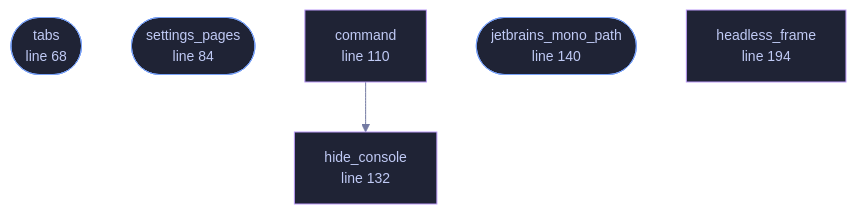
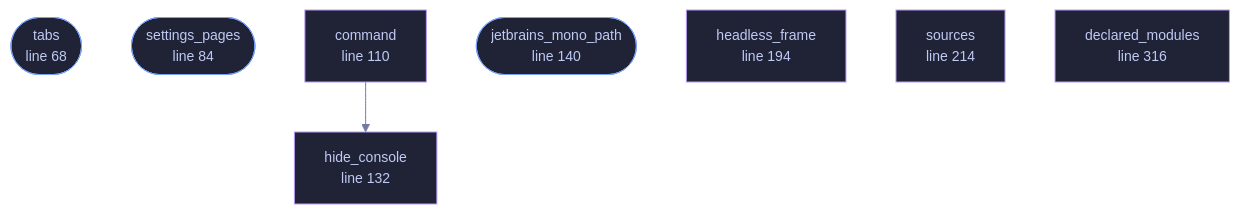
One commit to tilas01/veilvoice changed the diagram in docs/files/veilvoice-gui/lib.md. Above: the diagram before and after it, drawn with Mermaid. The commit also changed other lines of this file and 43 other files, not shown here.

````diff
--- a/docs/files/veilvoice-gui/lib.md
+++ b/docs/files/veilvoice-gui/lib.md
@@ -106,23 +106,27 @@
 ```mermaid
 %%{init: {"theme":"base","themeVariables":{"background":"#1a1b26","primaryColor":"#1f2335","primaryTextColor":"#c0caf5","primaryBorderColor":"#7aa2f7","secondaryColor":"#16161e","tertiaryColor":"#16161e","lineColor":"#737aa2","textColor":"#c0caf5","mainBkg":"#1f2335","nodeBorder":"#7aa2f7","clusterBkg":"#16161e","clusterBorder":"#2f3549","fontFamily":"ui-monospace, SFMono-Regular, Consolas, monospace","fontSize":"14px"}}}%%
 flowchart TD
     n_tabs(["tabs<br/>line 68"])
     n_settings_pages(["settings_pages<br/>line 84"])
     n_command["command<br/>line 110"]
     n_hide_console["hide_console<br/>line 122"]
     n_hide_console["hide_console<br/>line 132"]
     n_jetbrains_mono_path(["jetbrains_mono_path<br/>line 140"])
     n_headless_frame["headless_frame<br/>line 194"]
+    n_sources["sources<br/>line 214"]
+    n_declared_modules["declared_modules<br/>line 316"]
     n_command --> n_hide_console
     click n_tabs href "https://github.com/tilas01/veilvoice/blob/main/crates/veilvoice-gui/src/lib.rs#L68" "open the source"
     click n_settings_pages href "https://github.com/tilas01/veilvoice/blob/main/crates/veilvoice-gui/src/lib.rs#L84" "open the source"
     click n_command href "https://github.com/tilas01/veilvoice/blob/main/crates/veilvoice-gui/src/lib.rs#L110" "open the source"
     click n_hide_console href "https://github.com/tilas01/veilvoice/blob/main/crates/veilvoice-gui/src/lib.rs#L122" "open the source"
     click n_hide_console href "https://github.com/tilas01/veilvoice/blob/main/crates/veilvoice-gui/src/lib.rs#L132" "open the source"
     click n_jetbrains_mono_path href "https://github.com/tilas01/veilvoice/blob/main/crates/veilvoice-gui/src/lib.rs#L140" "open the source"
     click n_headless_frame href "https://github.com/tilas01/veilvoice/blob/main/crates/veilvoice-gui/src/lib.rs#L194" "open the source"
+    click n_sources href "https://github.com/tilas01/veilvoice/blob/main/crates/veilvoice-gui/src/lib.rs#L214" "open the source"
+    click n_declared_modules href "https://github.com/tilas01/veilvoice/blob/main/crates/veilvoice-gui/src/lib.rs#L316" "open the source"
     classDef entry fill:#1f2335,stroke:#7aa2f7,color:#c0caf5
     class n_tabs,n_settings_pages,n_jetbrains_mono_path entry
     classDef helper fill:#1f2335,stroke:#bb9af7,color:#c0caf5
-    class n_command,n_hide_console,n_hide_console,n_headless_frame helper
+    class n_command,n_hide_console,n_hide_console,n_headless_frame,n_sources,n_declared_modules helper
 ```
````
